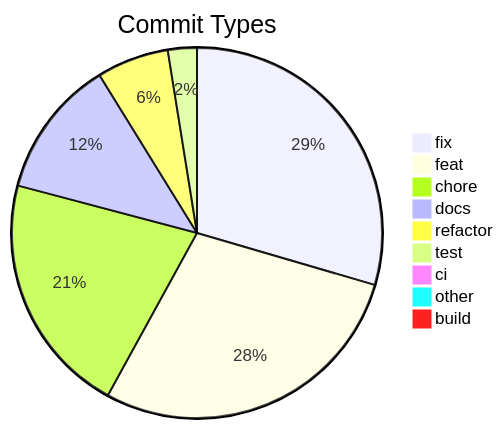
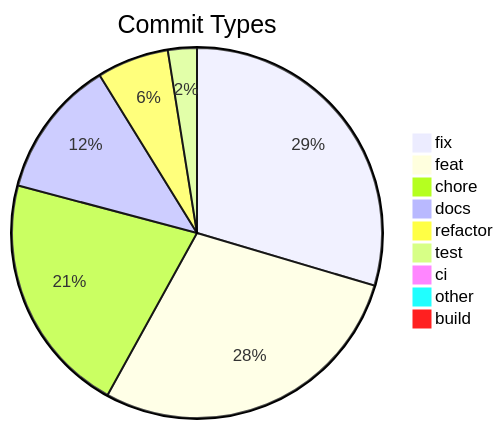
Before and after one commit to svenroth-ai/shipwright: the diagram in .shipwright/compliance/change-history.md, drawn with Mermaid. The commit also changed other lines of this file and 11 other files, not shown here.

````diff
--- a/.shipwright/compliance/change-history.md
+++ b/.shipwright/compliance/change-history.md
@@ -10,12 +10,12 @@
 ```mermaid
 pie title Commit Types
-    "fix" : 362
+    "fix" : 363
     "feat" : 349
     "chore" : 259
     "docs" : 148
     "refactor" : 77
     "test" : 31
     "ci" : 11
     "other" : 9
     "build" : 1
 ```
````
